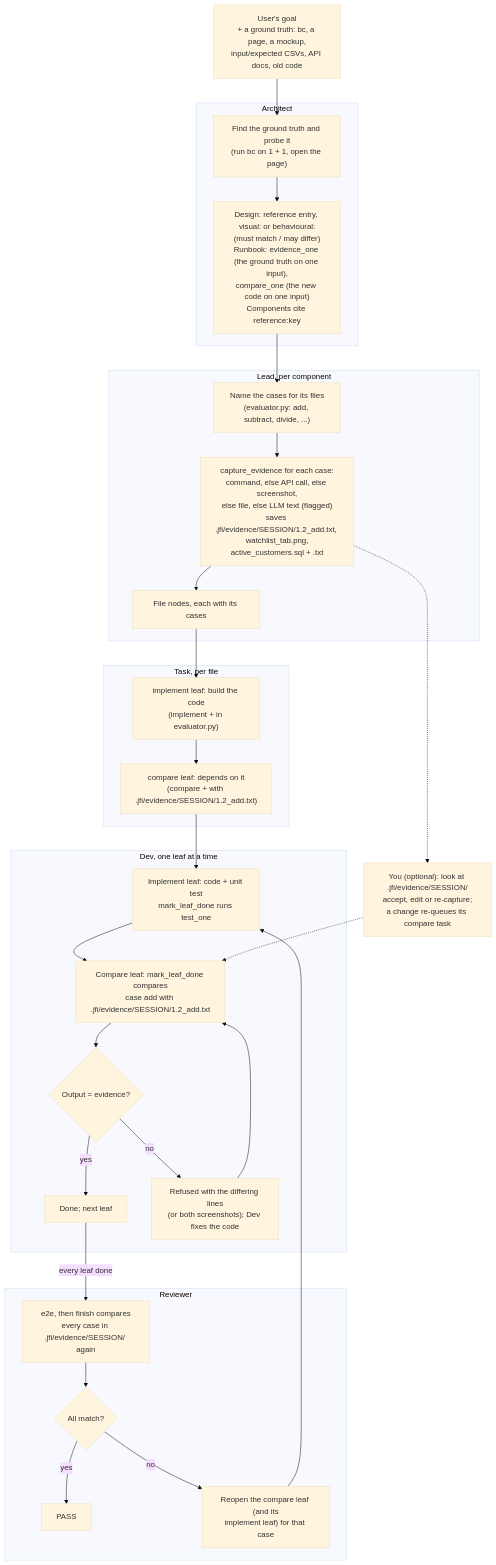
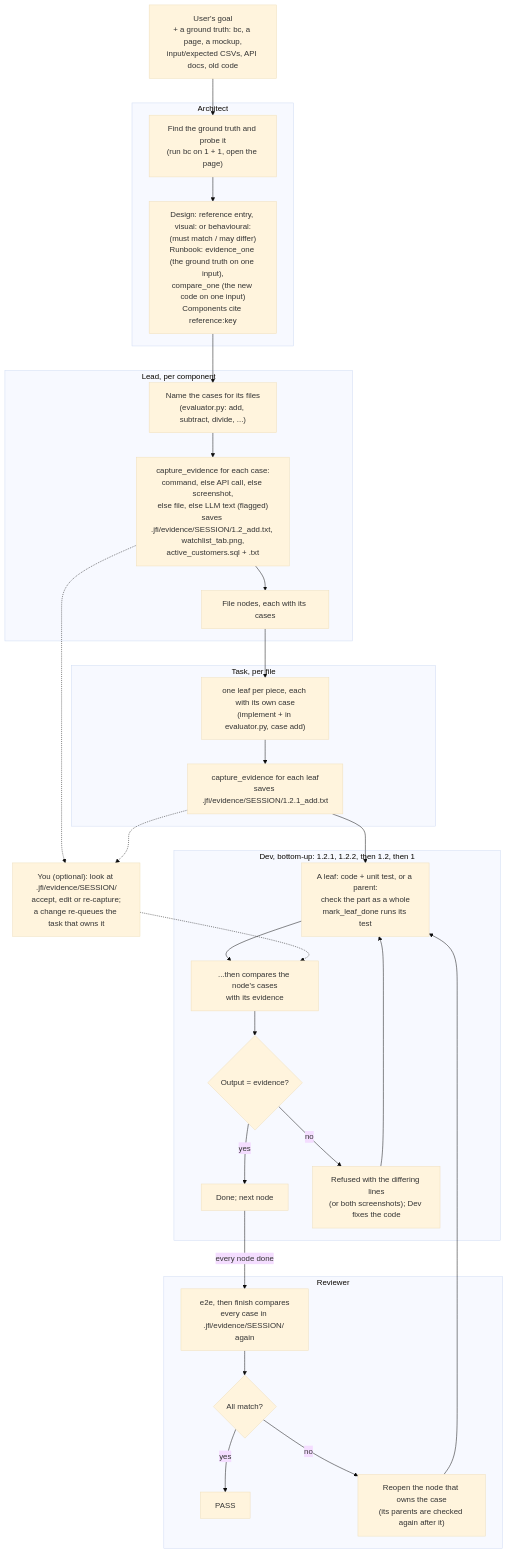
The first of 2 diagrams in docs/old_new.md (Tejasvedagiri/Just-Finish-It), drawn with Mermaid (base theme) before and after one commit. The commit also changed other lines of this file and 26 other files, not shown here.

First line of the commit message:
imp: every node is a task, built bottom-up and compared with its own evidence

````diff
--- a/docs/old_new.md
+++ b/docs/old_new.md
@@ -165,46 +169,47 @@
 ```mermaid
 flowchart TD
     G["User's goal<br/>+ a ground truth: bc, a page, a mockup,<br/>input/expected CSVs, API docs, old code"]
 
     subgraph ARCH["Architect"]
         A1["Find the ground truth and probe it<br/>(run bc on 1 + 1, open the page)"]
         A2["Design: reference entry, visual: or behavioural:<br/>(must match / may differ)<br/>Runbook: evidence_one (the ground truth on one input),<br/>compare_one (the new code on one input)<br/>Components cite reference:key"]
     end
 
     subgraph LEAD["Lead, per component"]
         L1["Name the cases for its files<br/>(evaluator.py: add, subtract, divide, ...)"]
         L2["capture_evidence for each case:<br/>command, else API call, else screenshot,<br/>else file, else LLM text (flagged)<br/>saves .jfi/evidence/SESSION/1.2_add.txt, watchlist_tab.png,<br/>active_customers.sql + .txt"]
         L3["File nodes, each with its cases"]
     end
 
-    U["You (optional): look at .jfi/evidence/SESSION/<br/>accept, edit or re-capture;<br/>a change re-queues its compare task"]
+    U["You (optional): look at .jfi/evidence/SESSION/<br/>accept, edit or re-capture;<br/>a change re-queues the task that owns it"]
 
     subgraph TASK["Task, per file"]
-        T1["implement leaf: build the code<br/>(implement + in evaluator.py)"]
-        T2["compare leaf: depends on it<br/>(compare + with .jfi/evidence/SESSION/1.2_add.txt)"]
+        T1["one leaf per piece, each with its own case<br/>(implement + in evaluator.py, case add)"]
+        T2["capture_evidence for each leaf<br/>saves .jfi/evidence/SESSION/1.2.1_add.txt"]
     end
 
-    subgraph DEV["Dev, one leaf at a time"]
-        D1["Implement leaf: code + unit test<br/>mark_leaf_done runs test_one"]
-        D2["Compare leaf: mark_leaf_done compares<br/>case add with .jfi/evidence/SESSION/1.2_add.txt"]
+    subgraph DEV["Dev, bottom-up: 1.2.1, 1.2.2, then 1.2, then 1"]
+        D1["A leaf: code + unit test, or a parent:<br/>check the part as a whole<br/>mark_leaf_done runs its test"]
+        D2["...then compares the node's cases<br/>with its evidence"]
         DQ{"Output = evidence?"}
-        DOK["Done; next leaf"]
+        DOK["Done; next node"]
         DFIX["Refused with the differing lines<br/>(or both screenshots); Dev fixes the code"]
     end
 
     subgraph REV["Reviewer"]
         R1["e2e, then finish compares<br/>every case in .jfi/evidence/SESSION/ again"]
         RQ{"All match?"}
         RPASS["PASS"]
-        RFIX["Reopen the compare leaf (and its<br/>implement leaf) for that case"]
+        RFIX["Reopen the node that owns the case<br/>(its parents are checked again after it)"]
     end
 
     G --> A1 --> A2 --> L1 --> L2 --> L3 --> T1 --> T2 --> D1 --> D2 --> DQ
     L2 -.-> U
+    T2 -.-> U
     U -.-> D2
     DQ -- yes --> DOK
-    DQ -- no --> DFIX --> D2
-    DOK -- "every leaf done" --> R1 --> RQ
+    DQ -- no --> DFIX --> D1
+    DOK -- "every node done" --> R1 --> RQ
     RQ -- yes --> RPASS
     RQ -- no --> RFIX --> D1
 ```
````
